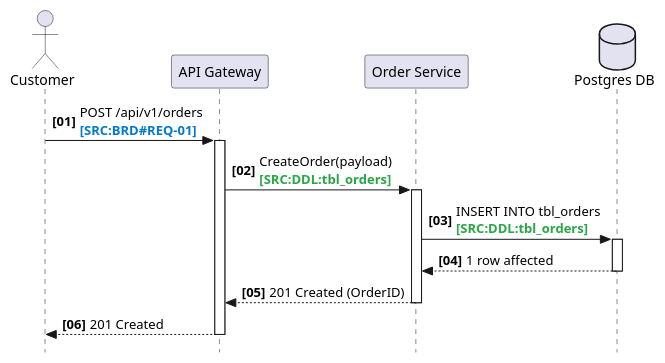
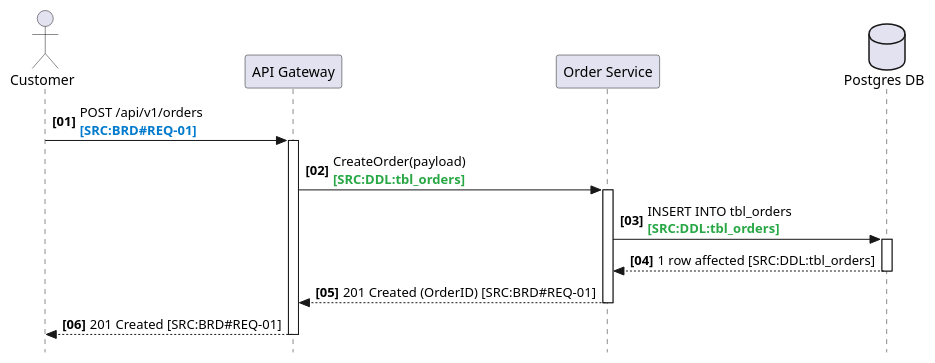
Before and after one commit to Ravizikrillah/second-brain: the diagram in 04-deliverables/sequence-diagrams/sample.puml, drawn with PlantUML. The commit also changed 5 other files, not shown here.

```diff
--- a/04-deliverables/sequence-diagrams/sample.puml
+++ b/04-deliverables/sequence-diagrams/sample.puml
@@ -1,23 +1,23 @@
 @startuml
 skinparam style strictuml
 skinparam BoxPadding 10
 autonumber "<b>[00]</b>"
 
 actor "Customer" as User
 participant "API Gateway" as APIGW
 participant "Order Service" as OrderSvc
 database "Postgres DB" as DB
 
-User -> APIGW: POST /api/v1/orders\n<color:#007acc><b>[SRC:BRD#REQ-01]</b></color>
+User -> APIGW: POST /api/v1/orders \n<color:#007acc><b>[SRC:BRD#REQ-01]</b></color>
 activate APIGW
-APIGW -> OrderSvc: CreateOrder(payload)\n<color:#28a745><b>[SRC:DDL:tbl_orders]</b></color>
+APIGW -> OrderSvc: CreateOrder(payload) \n<color:#28a745><b>[SRC:DDL:tbl_orders]</b></color>
 activate OrderSvc
-OrderSvc -> DB: INSERT INTO tbl_orders\n<color:#28a745><b>[SRC:DDL:tbl_orders]</b></color>
+OrderSvc -> DB: INSERT INTO tbl_orders \n<color:#28a745><b>[SRC:DDL:tbl_orders]</b></color>
 activate DB
-DB --> OrderSvc: 1 row affected
+DB --> OrderSvc: 1 row affected [SRC:DDL:tbl_orders]
 deactivate DB
-OrderSvc --> APIGW: 201 Created (OrderID)
+OrderSvc --> APIGW: 201 Created (OrderID) [SRC:BRD#REQ-01]
 deactivate OrderSvc
-APIGW --> User: 201 Created
+APIGW --> User: 201 Created [SRC:BRD#REQ-01]
 deactivate APIGW
 @enduml
```
